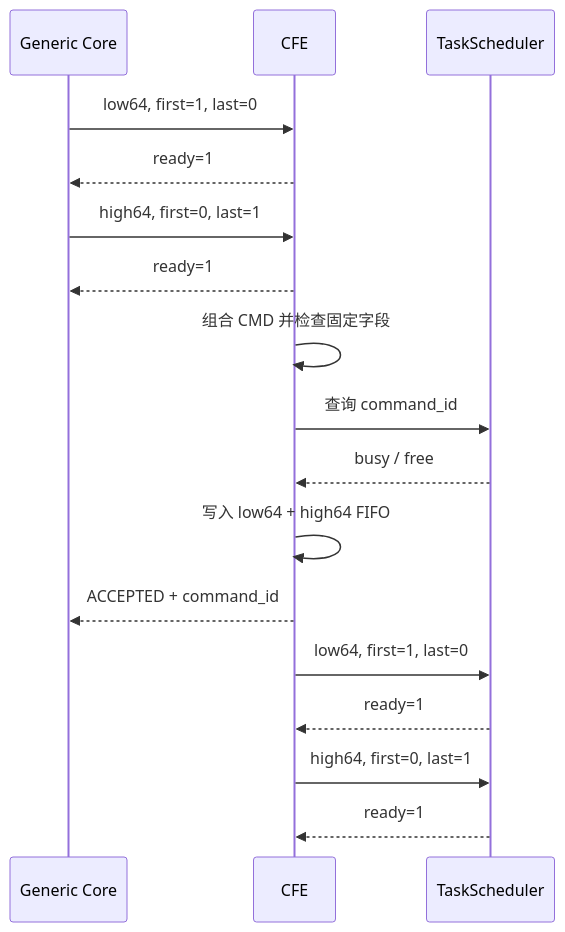
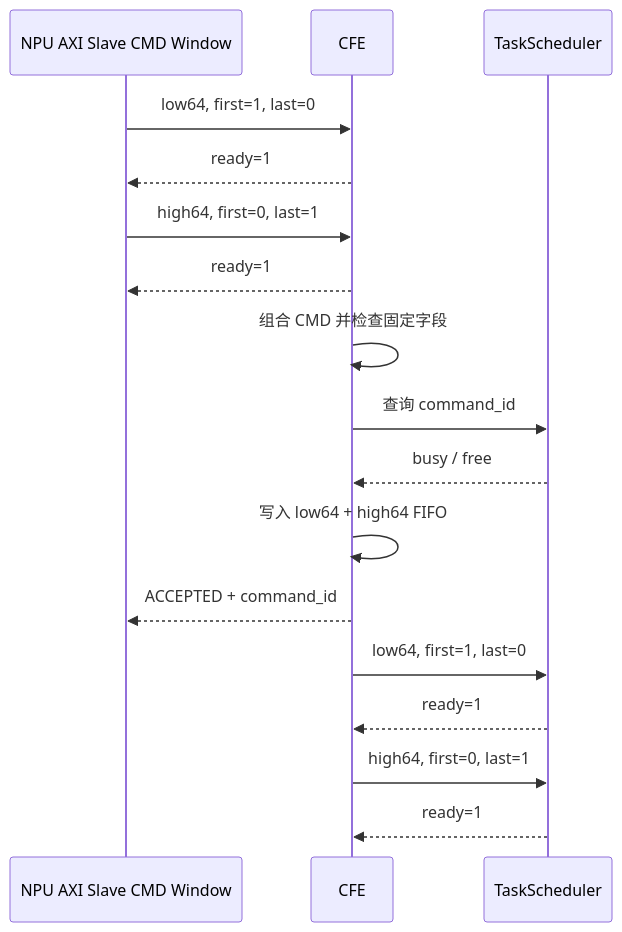
Before and after one commit to Little-W/Obsidian: the fifth of 17 diagrams in NPU/NPU 指令与硬件架构设计 Spec.md, drawn with Mermaid. The commit also changed other lines of this file and 30 other files, not shown here.

````diff
--- a/NPU/NPU 指令与硬件架构设计 Spec.md
+++ b/NPU/NPU 指令与硬件架构设计 Spec.md
@@ -1490,21 +1293,21 @@
 ```mermaid
 %%{init: {"sequence": {"useMaxWidth": true, "actorMargin": 14, "width": 82, "messageMargin": 10, "noteMargin": 6}, "themeVariables": {"fontSize": "11px"}}}%%
 sequenceDiagram
-    participant GC as Generic Core
+    participant AXIS as NPU AXI Slave CMD Window
     participant CFE
     participant TS as TaskScheduler
 
-    GC->>CFE: low64, first=1, last=0
-    CFE-->>GC: ready=1
-    GC->>CFE: high64, first=0, last=1
-    CFE-->>GC: ready=1
+    AXIS->>CFE: low64, first=1, last=0
+    CFE-->>AXIS: ready=1
+    AXIS->>CFE: high64, first=0, last=1
+    CFE-->>AXIS: ready=1
     CFE->>CFE: 组合 CMD 并检查固定字段
     CFE->>TS: 查询 command_id
     TS-->>CFE: busy / free
     CFE->>CFE: 写入 low64 + high64 FIFO
-    CFE-->>GC: ACCEPTED + command_id
+    CFE-->>AXIS: ACCEPTED + command_id
     CFE->>TS: low64, first=1, last=0
     TS-->>CFE: ready=1
     CFE->>TS: high64, first=0, last=1
     TS-->>CFE: ready=1
 ```
````
